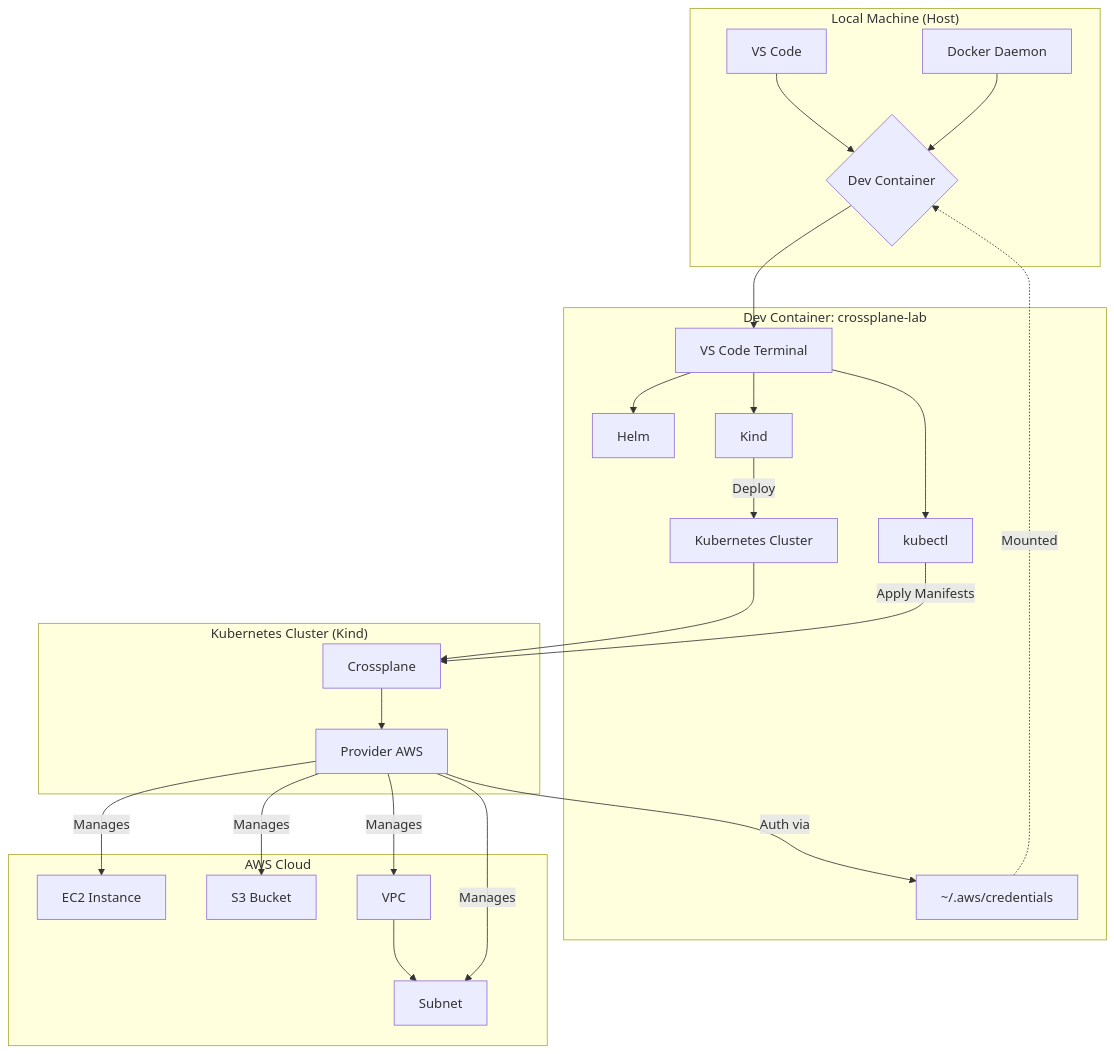
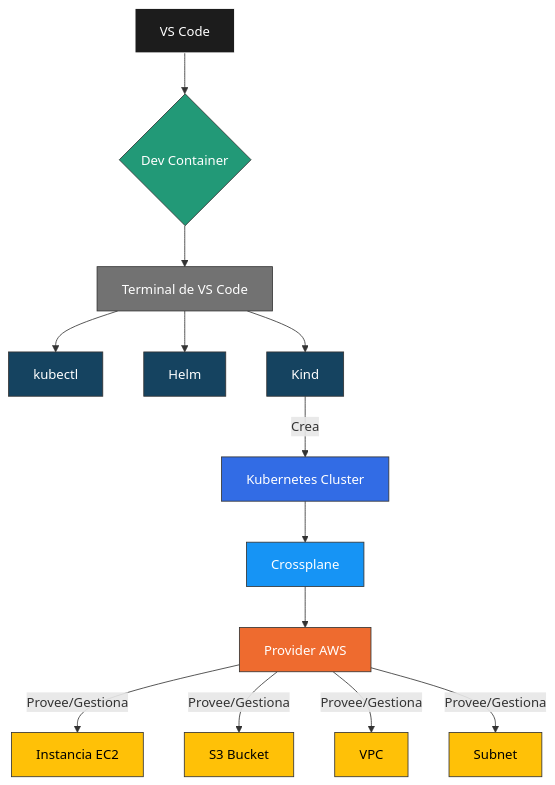
The diagram in README.md (Portfolio-jaime/crossplane-lab), drawn with Mermaid before and after one commit. The commit also changed other lines of this file, not shown here.

````diff
--- a/README.md
+++ b/README.md
@@ -14,29 +15,25 @@
 ```mermaid
-graph TD
-    subgraph "Local Machine (Host)"
-        A[VS Code] --> B{Dev Container};
-        C[Docker Daemon] --> B;
-    end
-    subgraph "Dev Container: crossplane-lab"
-        B --> E[VS Code Terminal];
-        E --> F[kubectl];
-        E --> G[Helm];
-        E --> H[Kind];
-        H -- Deploy --> I[Kubernetes Cluster];
-        D[~/.aws/credentials] -.->|Mounted| B;
-    end
-    subgraph "Kubernetes Cluster (Kind)"
-        I --> J[Crossplane];
-        J --> K[Provider AWS];
-    end
-    subgraph "AWS Cloud"
-        L[EC2 Instance];
-        M[S3 Bucket];
-        N[VPC];
-        O[Subnet];
-        N --> O;
-    end
-    F -- Apply Manifests --> J;
-    K -- Auth via --> D;
-    K -- Manages --> L & M & N & O;
+flowchart TD
+    A[VS Code]:::vscode --> B{Dev Container}:::devcontainer
+    B --> C[Terminal de VS Code]:::terminal
+    C --> D[kubectl]:::cli
+    C --> E[Helm]:::cli
+    C --> F[Kind]:::cli
+    F -- Crea --> G[Kubernetes Cluster]:::k8s
+    G --> H[Crossplane]:::crossplane
+    H --> I[Provider AWS]:::aws
+    I -- Provee/Gestiona --> J[Instancia EC2]:::awsres
+    I -- Provee/Gestiona --> K[S3 Bucket]:::awsres
+    I -- Provee/Gestiona --> L[VPC]:::awsres
+    I -- Provee/Gestiona --> M[Subnet]:::awsres
+
+    style A fill:#1c1c1c,stroke:#fff,stroke-width:1px,color:#fff
+    classDef vscode fill:#007acc,stroke:#333,stroke-width:1px,color:#fff
+    classDef devcontainer fill:#229977,stroke:#333,stroke-width:1px,color:#fff
+    classDef terminal fill:#727272,stroke:#333,stroke-width:1px,color:#fff
+    classDef cli fill:#154360,stroke:#333,stroke-width:1px,color:#fff
+    classDef k8s fill:#326ce5,stroke:#333,stroke-width:1px,color:#fff
+    classDef crossplane fill:#1694f5,stroke:#333,stroke-width:1px,color:#fff
+    classDef aws fill:#ee6b2f,stroke:#333,stroke-width:1px,color:#fff
+    classDef awsres fill:#ffc107,stroke:#333,stroke-width:1px,color:#000
 ```
````
